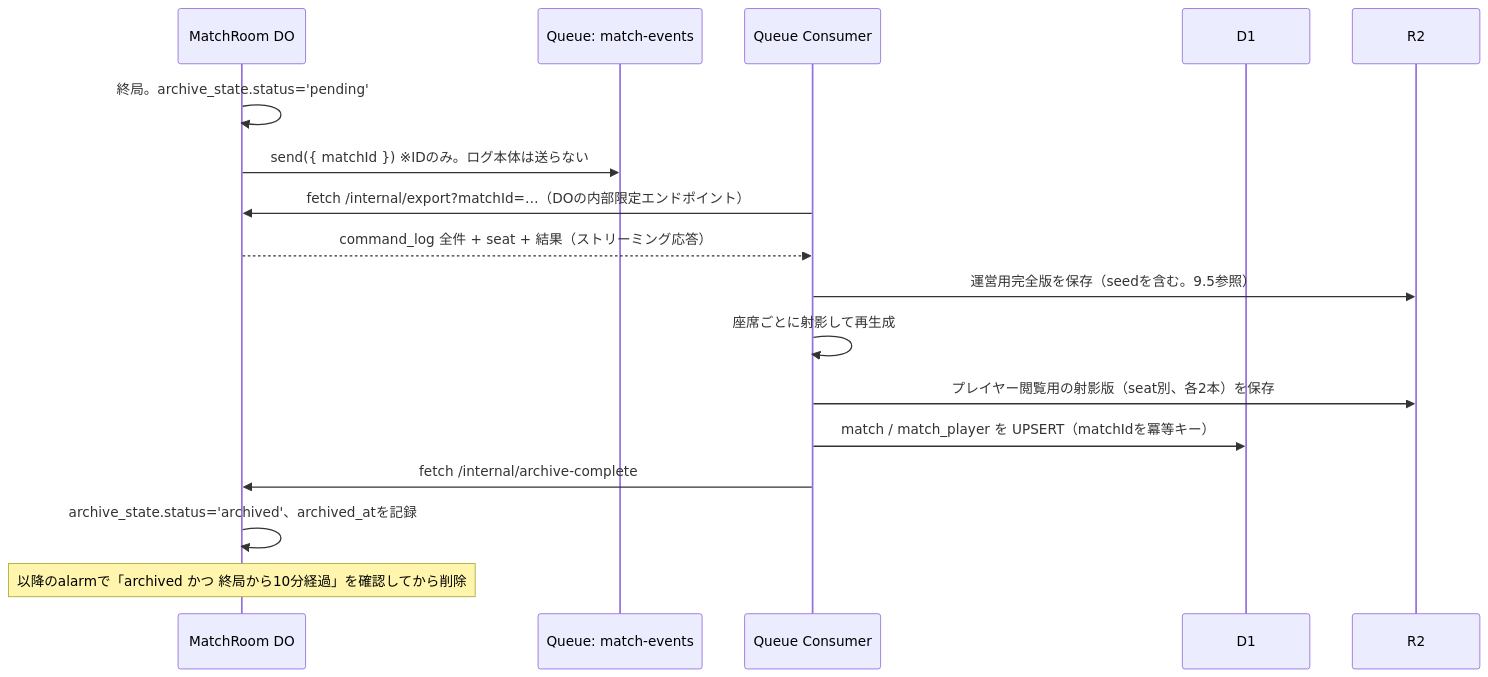
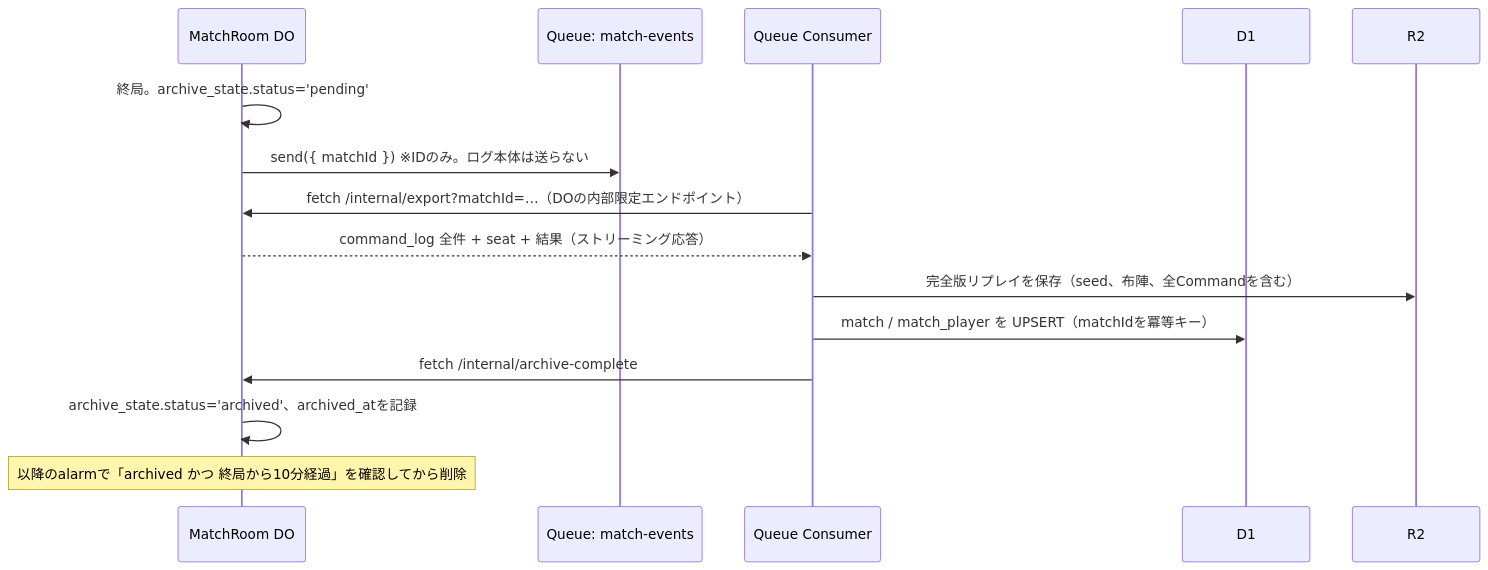
Before and after one commit to ukihot/emerald-wani: the second of 3 diagrams in doc/designs/07-durable-objects.md, drawn with Mermaid. The commit also changed other lines of this file and 38 other files, not shown here.

````diff
--- a/doc/designs/07-durable-objects.md
+++ b/doc/designs/07-durable-objects.md
@@ -192,20 +194,18 @@
 ```mermaid
 sequenceDiagram
     participant DO as MatchRoom DO
     participant Q as Queue: match-events
     participant QC as Queue Consumer
     participant D1 as D1
     participant R2 as R2
 
     DO->>DO: 終局。archive_state.status='pending'
     DO->>Q: send({ matchId })  ※IDのみ。ログ本体は送らない
     QC->>DO: fetch /internal/export?matchId=…（DOの内部限定エンドポイント）
     DO-->>QC: command_log 全件 + seat + 結果（ストリーミング応答）
-    QC->>R2: 運営用完全版を保存（seedを含む。9.5参照）
-    QC->>QC: 座席ごとに射影して再生成
-    QC->>R2: プレイヤー閲覧用の射影版（seat別、各2本）を保存
+    QC->>R2: 完全版リプレイを保存（seed、布陣、全Commandを含む）
     QC->>D1: match / match_player を UPSERT（matchIdを冪等キー）
     QC->>DO: fetch /internal/archive-complete
     DO->>DO: archive_state.status='archived'、archived_atを記録
     Note over DO: 以降のalarmで「archived かつ 終局から10分経過」を確認してから削除
 ```
````
